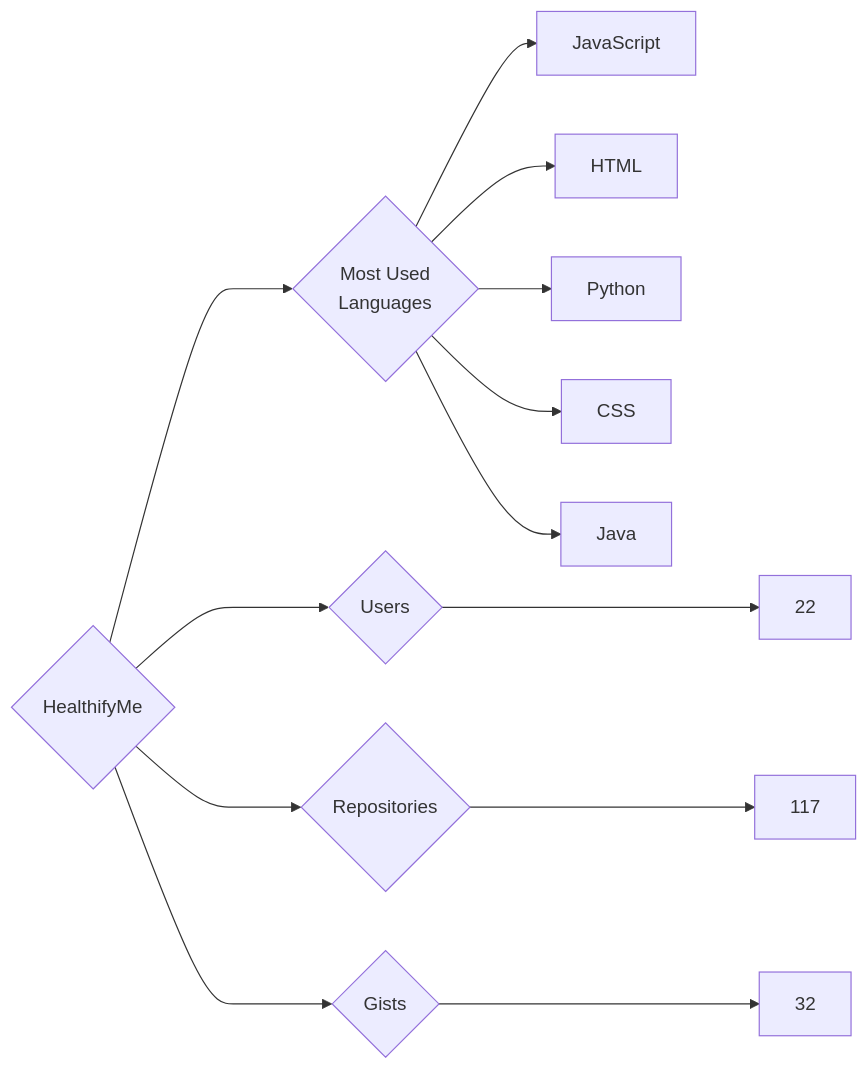
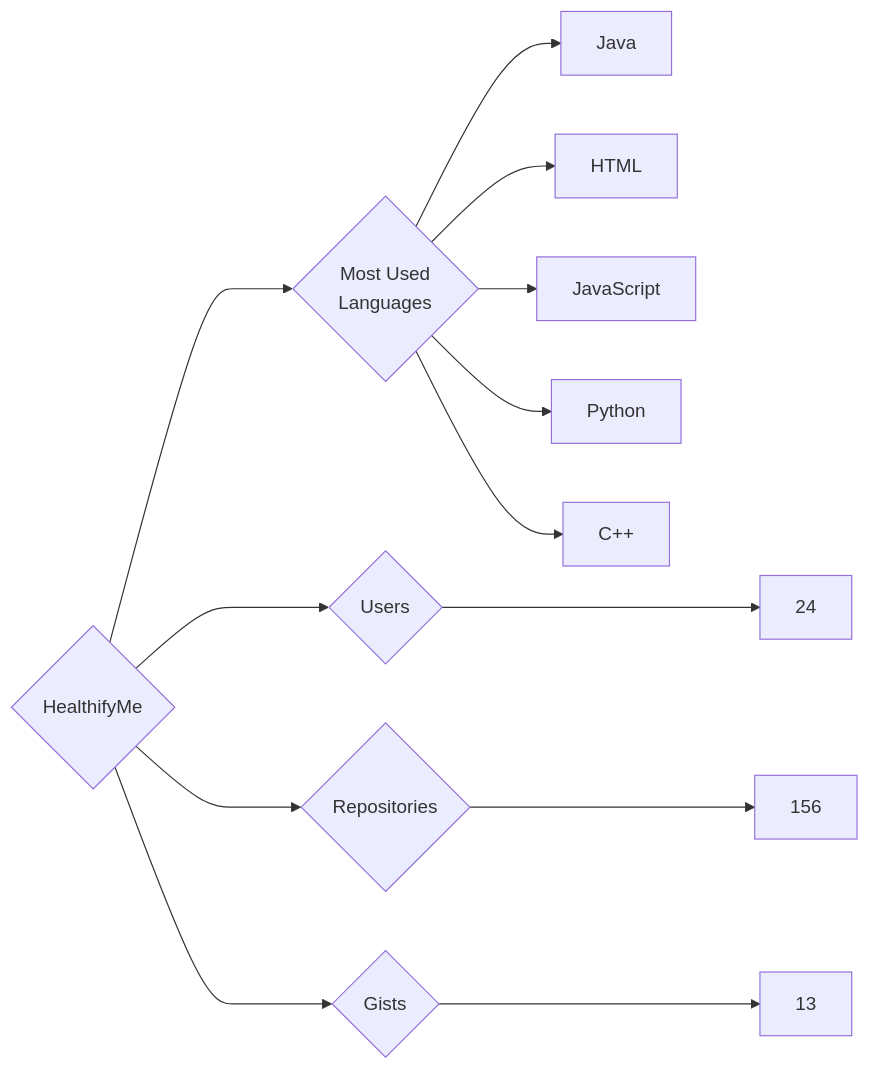
The diagram in targets/HealthifyMe/README.md (trickest/insiders), drawn with Mermaid before and after one commit. The commit also changed 440 other files, not shown here.

````diff
--- a/targets/HealthifyMe/README.md
+++ b/targets/HealthifyMe/README.md
@@ -3,13 +3,13 @@
 ```mermaid
 graph LR
 COMPANY_NAME{HealthifyMe}
-COMPANY_NAME ---> U{Users} ---> UN[22]
-COMPANY_NAME ---> R{Repositories} ---> RN[117]
-COMPANY_NAME ---> G{Gists} ---> GN[32]
+COMPANY_NAME ---> U{Users} ---> UN[24]
+COMPANY_NAME ---> R{Repositories} ---> RN[156]
+COMPANY_NAME ---> G{Gists} ---> GN[13]
 COMPANY_NAME ---> ML{Most Used<br>Languages}
+ML --> Java[Java]
+ML --> HTML[HTML]
 ML --> JavaScript[JavaScript]
-ML --> HTML[HTML]
 ML --> Python[Python]
-ML --> CSS[CSS]
-ML --> Java[Java]
+ML --> C++[C++]
 ```
````
